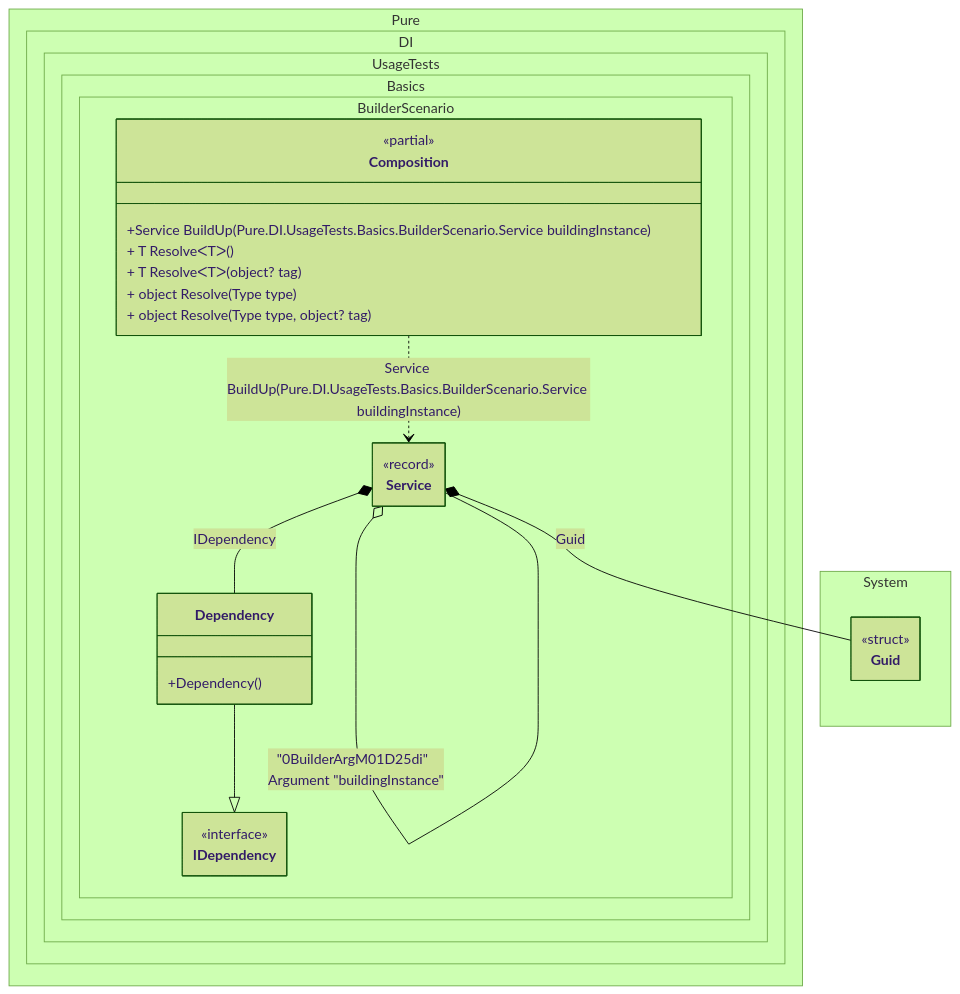
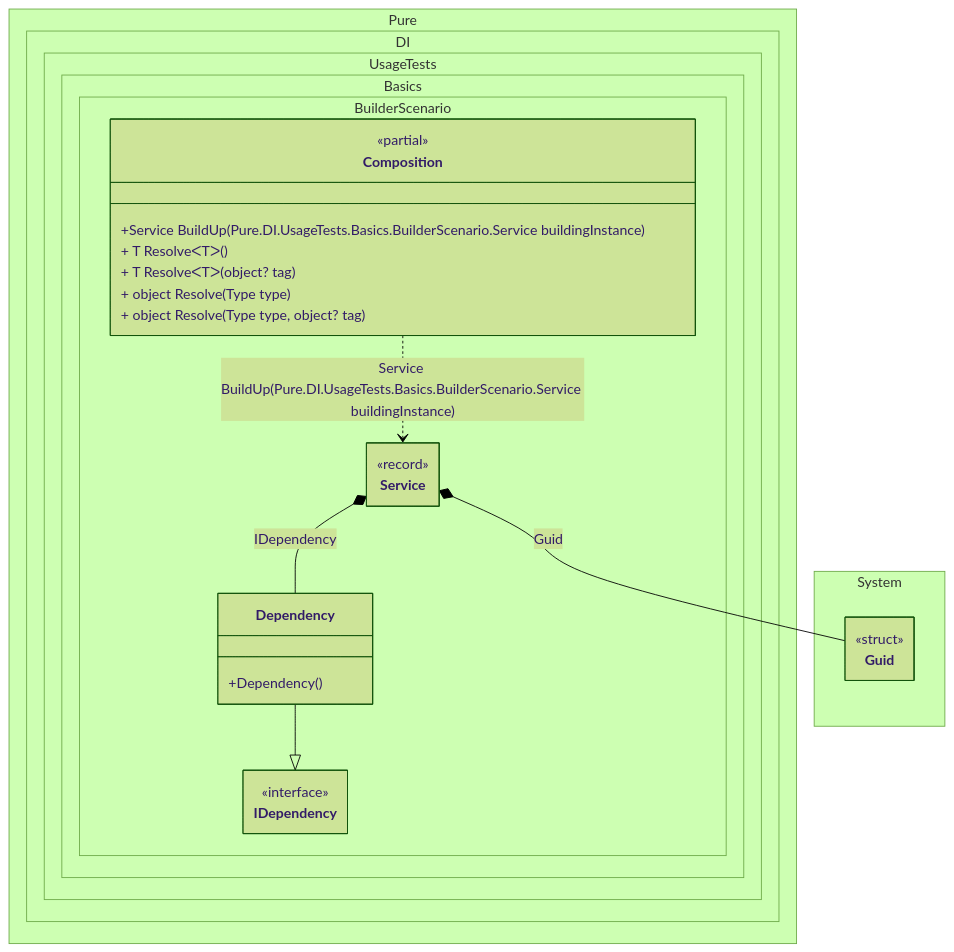
Before and after one commit to DevTeam/Pure.DI: the diagram in readme/builders.md, drawn with Mermaid (forest theme). The commit also changed 3 other files, not shown here.

````diff
--- a/readme/builders.md
+++ b/readme/builders.md
@@ -154,37 +154,36 @@
 ```mermaid
 ---
  config:
   class:
    hideEmptyMembersBox: true
 ---
 classDiagram
 	Dependency --|> IDependency
 	Composition ..> Service : Service BuildUp(Pure.DI.UsageTests.Basics.BuilderScenario.Service buildingInstance)
-	Service o-- Service : "0BuilderArgM01D25di"  Argument "buildingInstance"
 	Service *--  Dependency : IDependency
 	Service *--  Guid : Guid
 	namespace Pure.DI.UsageTests.Basics.BuilderScenario {
 		class Composition {
 		<<partial>>
 		+Service BuildUp(Pure.DI.UsageTests.Basics.BuilderScenario.Service buildingInstance)
 		+ T ResolveᐸTᐳ()
 		+ T ResolveᐸTᐳ(object? tag)
 		+ object Resolve(Type type)
 		+ object Resolve(Type type, object? tag)
 		}
 		class Dependency {
 			+Dependency()
 		}
 		class IDependency {
 			<<interface>>
 		}
 		class Service {
 			<<record>>
 		}
 	}
 	namespace System {
 		class Guid {
 				<<struct>>
 		}
 	}
 ```
````
